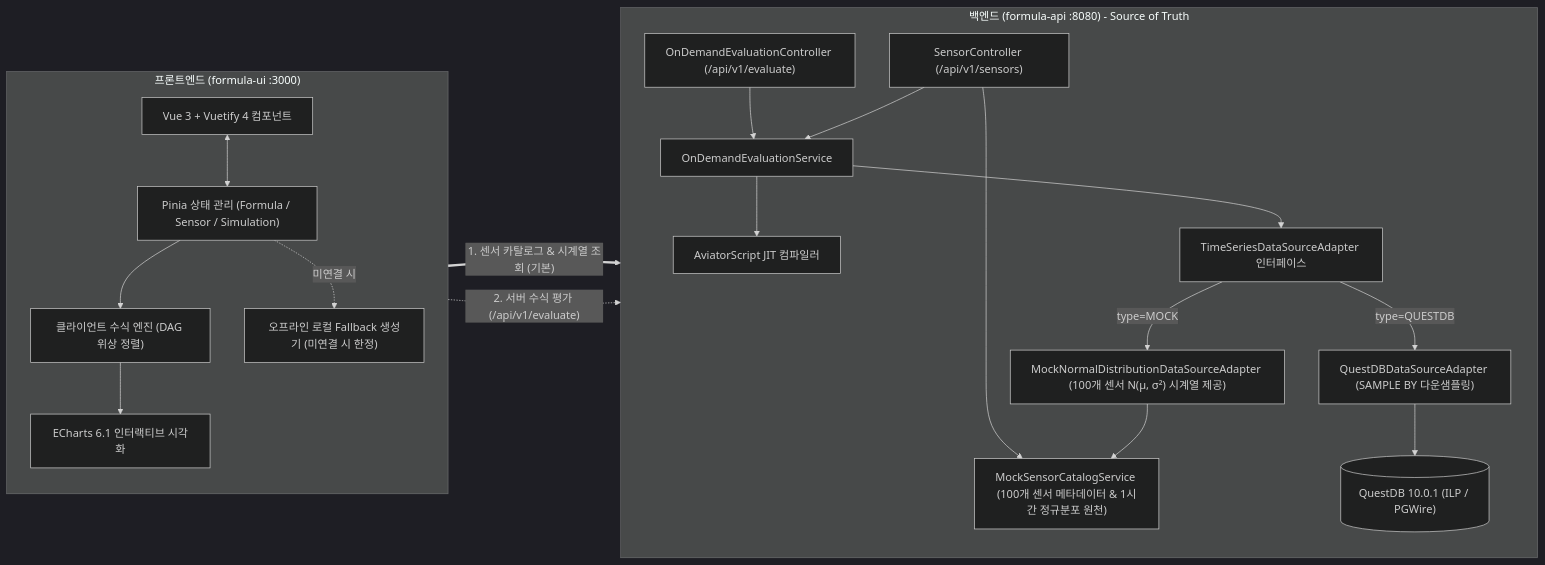
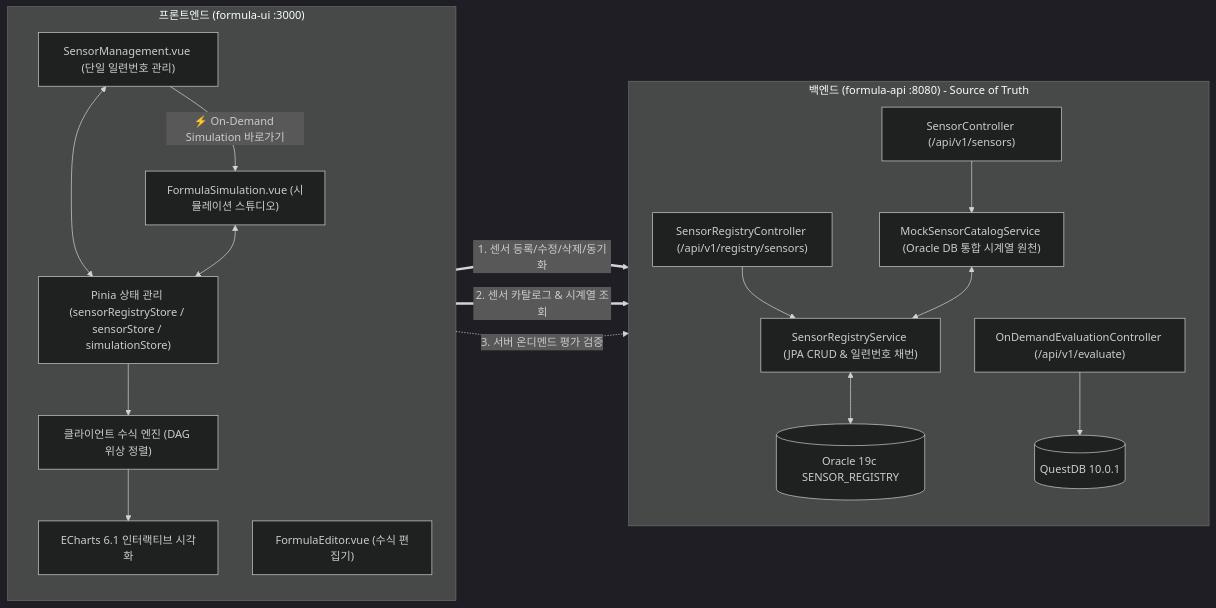
Before and after one commit to imoil/formula-evaluator-service: the first of 2 diagrams in docs/FRONTEND_UI_GUIDE.md, drawn with Mermaid (dark theme). The commit also changed other lines of this file and 6 other files, not shown here.

Commit message:
docs: update architecture, streaming, and frontend guides for unified sensor registry and oracle 19c

````diff
--- a/docs/FRONTEND_UI_GUIDE.md
+++ b/docs/FRONTEND_UI_GUIDE.md
@@ -18,42 +18,39 @@
 ```mermaid
 flowchart LR
     subgraph ClientLayer["프론트엔드 (formula-ui :3000)"]
         direction TB
-        UI["Vue 3 + Vuetify 4 컴포넌트"]
-        Stores["Pinia 상태 관리 (Formula / Sensor / Simulation)"]
+        UI_Registry["SensorManagement.vue (단일 일련번호 관리)"]
+        UI_Sim["FormulaSimulation.vue (시뮬레이션 스튜디오)"]
+        UI_Editor["FormulaEditor.vue (수식 편집기)"]
+        Stores["Pinia 상태 관리 (sensorRegistryStore / sensorStore / simulationStore)"]
         Engine["클라이언트 수식 엔진 (DAG 위상 정렬)"]
         Visualizer["ECharts 6.1 인터랙티브 시각화"]
-        FallbackGen["오프라인 로컬 Fallback 생성기 (미연결 시 한정)"]
 
-        UI <--> Stores
+        UI_Registry <--> Stores
+        UI_Registry -->|⚡ On-Demand Simulation 바로가기| UI_Sim
+        UI_Sim <--> Stores
         Stores --> Engine
-        Stores -.->|미연결 시| FallbackGen
         Engine --> Visualizer
     end
 
     subgraph BackendLayer["백엔드 (formula-api :8080) - Source of Truth"]
         direction TB
-        Controller1["OnDemandEvaluationController (/api/v1/evaluate)"]
-        Controller2["SensorController (/api/v1/sensors)"]
-        Service["OnDemandEvaluationService"]
-        Catalog["MockSensorCatalogService (100개 센서 메타데이터 & 1시간 정규분포 원천)"]
-        Aviator["AviatorScript JIT 컴파일러"]
-        AdapterSelector["TimeSeriesDataSourceAdapter 인터페이스"]
-        
-        MockAdapter["MockNormalDistributionDataSourceAdapter (100개 센서 N(μ, σ²) 시계열 제공)"]
-        QuestDBAdapter["QuestDBDataSourceAdapter (SAMPLE BY 다운샘플링)"]
-        QuestDB[("QuestDB 10.0.1 (ILP / PGWire)")]
+        RegistryController["SensorRegistryController (/api/v1/registry/sensors)"]
+        RegistryService["SensorRegistryService (JPA CRUD & 일련번호 채번)"]
+        EvalController["OnDemandEvaluationController (/api/v1/evaluate)"]
+        SensorController["SensorController (/api/v1/sensors)"]
+        Catalog["MockSensorCatalogService (Oracle DB 통합 시계열 원천)"]
+        OracleDB[("Oracle 19c SENSOR_REGISTRY")]
+        QuestDB[("QuestDB 10.0.1")]
 
-        Controller1 & Controller2 --> Service
-        Controller2 --> Catalog
-        Service --> Aviator
-        Service --> AdapterSelector
-        AdapterSelector -->|type=MOCK| MockAdapter
-        MockAdapter --> Catalog
-        AdapterSelector -->|type=QUESTDB| QuestDBAdapter
-        QuestDBAdapter --> QuestDB
+        RegistryController --> RegistryService
+        RegistryService <--> OracleDB
+        SensorController --> Catalog
+        Catalog <--> RegistryService
+        EvalController --> QuestDB
     end
 
-    Stores ==>|"1. 센서 카탈로그 & 시계열 조회 (기본)"| Controller2
-    UI -.->|"2. 서버 수식 평가 (/api/v1/evaluate)"| Controller1
+    Stores ==>|"1. 센서 등록/수정/삭제/동기화"| RegistryController
+    Stores ==>|"2. 센서 카탈로그 & 시계열 조회"| SensorController
+    UI_Sim -.->|"3. 서버 온디멘드 평가 검증"| EvalController
 ```
````
